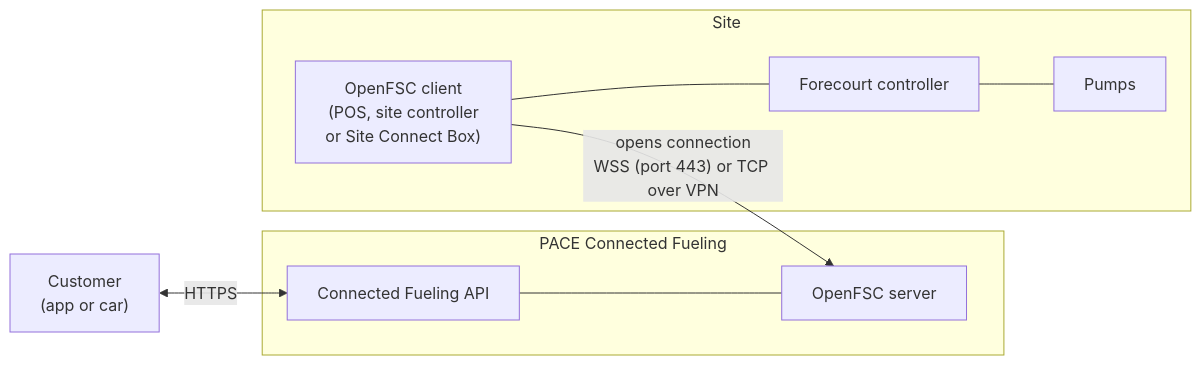
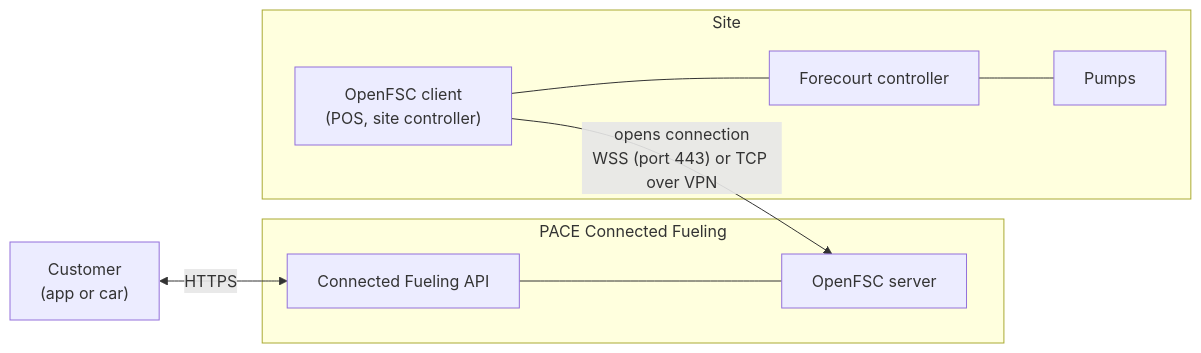
The first of 4 diagrams in walkthrough/overview.md (pace/openfsc-tutorial), drawn with Mermaid before and after one commit.

````diff
--- a/walkthrough/overview.md
+++ b/walkthrough/overview.md
@@ -35,17 +35,17 @@
 ```mermaid
 flowchart LR
     customer["Customer<br/>(app or car)"]
     subgraph pace["PACE Connected Fueling"]
         api["Connected Fueling API"]
         server["OpenFSC server"]
         api --- server
     end
     subgraph site["Site"]
-        client["OpenFSC client<br/>(POS, site controller<br/>or Site Connect Box)"]
+        client["OpenFSC client<br/>(POS, site controller)"]
         fcc["Forecourt controller"]
         pumps["Pumps"]
         client --- fcc --- pumps
     end
     customer <-->|"HTTPS"| api
     client -->|"opens connection<br/>WSS (port 443) or TCP over VPN"| server
 ```
````
